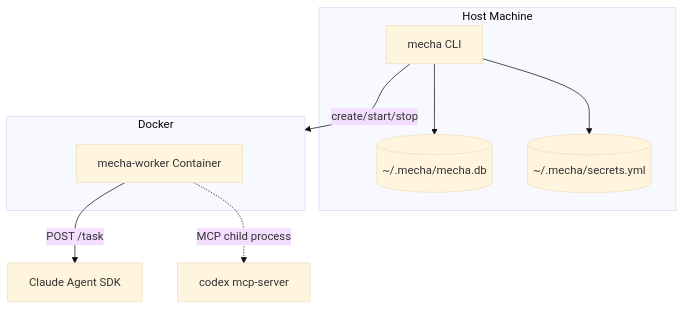
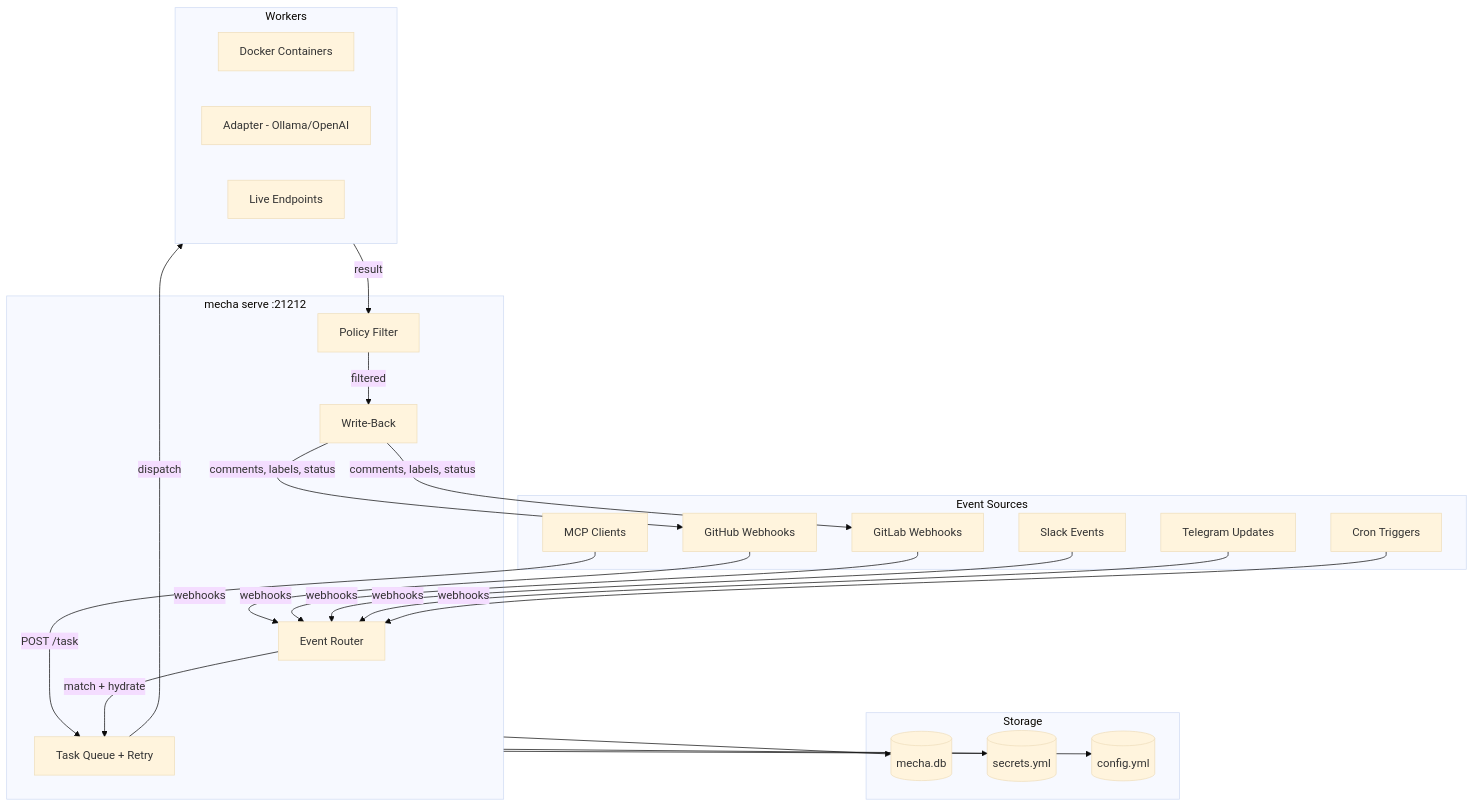
Before and after one commit to xiaolai/mecha.im: the first of 5 diagrams in website/guide/architecture.md, drawn with Mermaid (base theme). The commit also changed other lines of this file and 11 other files, not shown here.

````diff
--- a/website/guide/architecture.md
+++ b/website/guide/architecture.md
@@ -10,18 +10,41 @@
 ```mermaid
 flowchart TB
-    subgraph Host ["Host Machine"]
-        CLI[mecha CLI]
-        DB[(~/.mecha/mecha.db)]
-        Secrets[(~/.mecha/secrets.yml)]
-        CLI --> DB
-        CLI --> Secrets
+    subgraph Inbound ["Event Sources"]
+        GH[GitHub Webhooks]
+        GL[GitLab Webhooks]
+        SL[Slack Events]
+        TG[Telegram Updates]
+        CR[Cron Triggers]
+        MCP[MCP Clients]
     end
 
-    subgraph Docker ["Docker"]
-        C1[mecha-worker Container]
+    subgraph Mecha ["mecha serve :21212"]
+        Router[Event Router]
+        Queue[Task Queue + Retry]
+        Policy[Policy Filter]
+        WB[Write-Back]
     end
 
-    CLI -->|create/start/stop| Docker
-    C1 -->|POST /task| SDK[Claude Agent SDK]
-    C1 -.->|MCP child process| Codex[codex mcp-server]
+    subgraph Workers ["Workers"]
+        DK[Docker Containers]
+        AD[Adapter - Ollama/OpenAI]
+        LV[Live Endpoints]
+    end
+
+    subgraph Storage ["Storage"]
+        DB[(mecha.db)]
+        Secrets[(secrets.yml)]
+        Config[(config.yml)]
+    end
+
+    GH & GL & SL & TG & CR -->|webhooks| Router
+    MCP -->|POST /task| Queue
+    Router -->|match + hydrate| Queue
+    Queue -->|dispatch| Workers
+    Workers -->|result| Policy
+    Policy -->|filtered| WB
+    WB -->|comments, labels, status| GH & GL
+    Mecha --> DB
+    Mecha --> Secrets
+    Mecha --> Config
 ```
````
